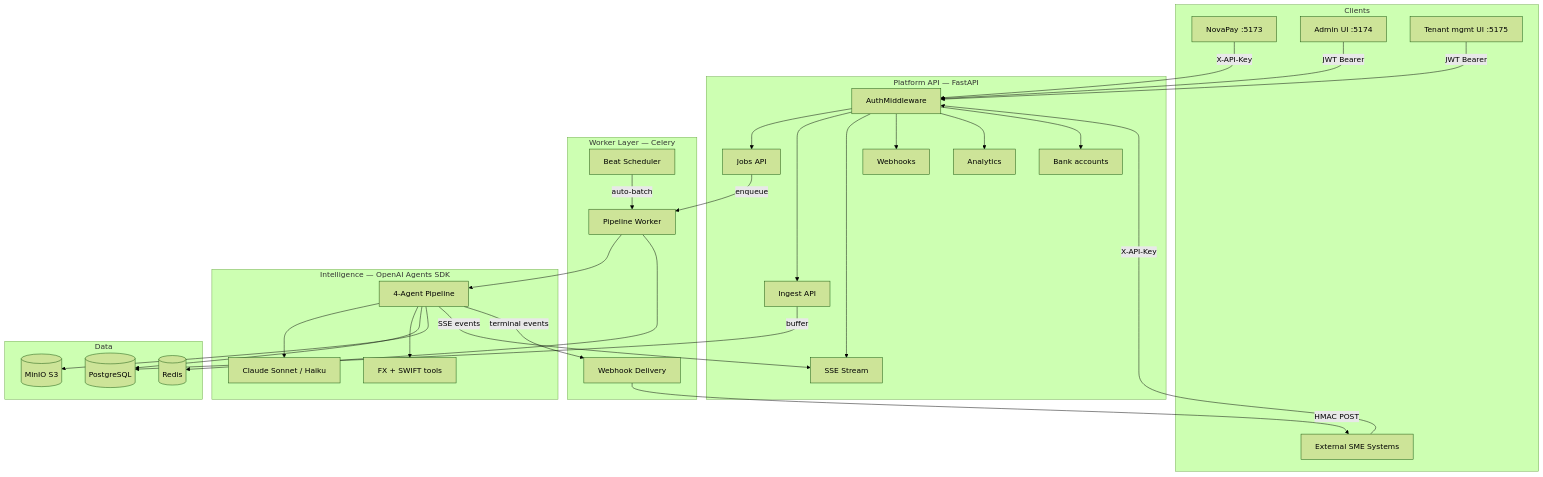
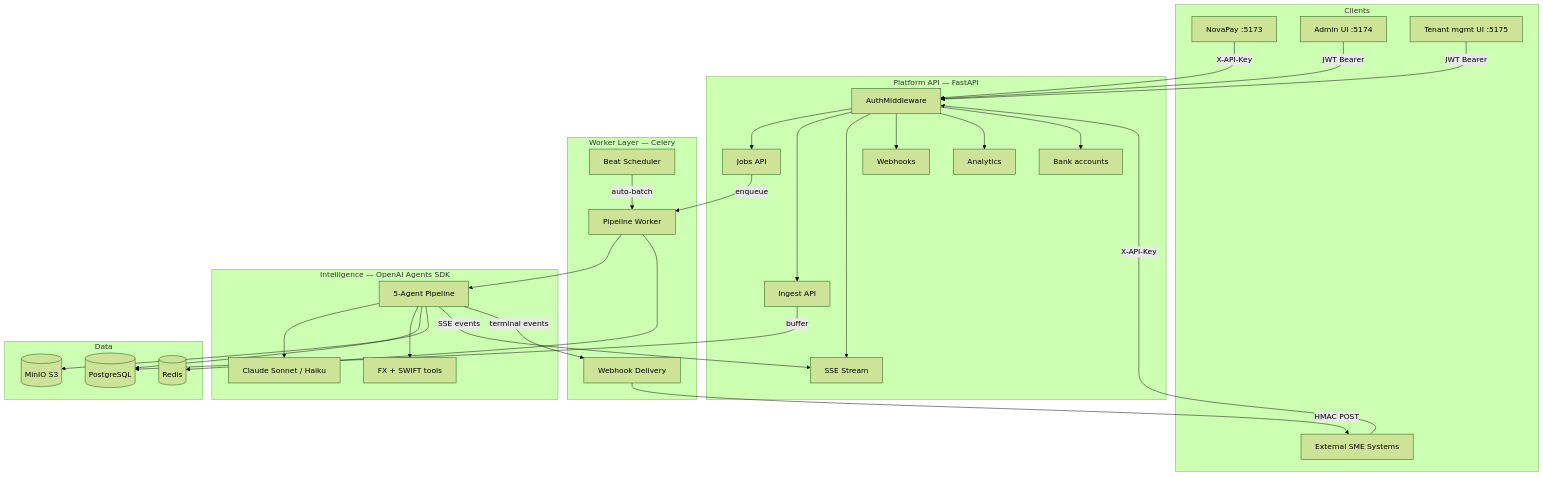
One commit to adamchok/Aria changed the first of 2 diagrams in docs/architecture.md. Above: the diagram before and after it, drawn with Mermaid (forest theme). The commit also changed other lines of this file and 8 other files, not shown here.

````diff
--- a/docs/architecture.md
+++ b/docs/architecture.md
@@ -23,46 +23,46 @@
 ```mermaid
 flowchart TB
   subgraph clients [Clients]
     NOVA[NovaPay :5173]
     ADMIN[Admin UI :5174]
     MGMT[Tenant mgmt UI :5175]
     SME[External SME Systems]
   end
   subgraph platform [Platform API — FastAPI]
     AUTH[AuthMiddleware]
     JOBS[Jobs API]
     INGEST[Ingest API]
     SSE[SSE Stream]
     WH[Webhooks]
     AN[Analytics]
     BA[Bank accounts]
   end
   subgraph workers [Worker Layer — Celery]
     WORKER[Pipeline Worker]
     BEAT[Beat Scheduler]
     WH_TASK[Webhook Delivery]
   end
   subgraph intelligence [Intelligence — OpenAI Agents SDK]
-    LG[4-Agent Pipeline]
+    LG[5-Agent Pipeline]
     LLM[Claude Sonnet / Haiku]
     FX[FX + SWIFT tools]
   end
   subgraph data [Data]
     PG[(PostgreSQL)]
     RD[(Redis)]
     S3[(MinIO S3)]
   end
   NOVA -->|X-API-Key| AUTH
   ADMIN & MGMT -->|JWT Bearer| AUTH
   SME -->|X-API-Key| AUTH
   AUTH --> JOBS & INGEST & SSE & WH & AN & BA
   INGEST -->|buffer| PG
   BEAT -->|auto-batch| WORKER
   JOBS -->|enqueue| WORKER
   WORKER --> LG
   LG --> LLM & FX & PG & S3
   LG -->|SSE events| SSE
   LG -->|terminal events| WH_TASK
   WH_TASK -->|HMAC POST| SME
   WORKER --> RD
 ```
````
